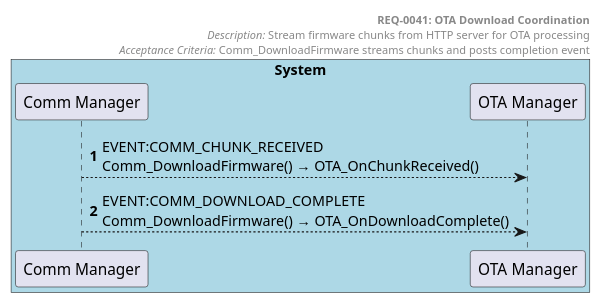
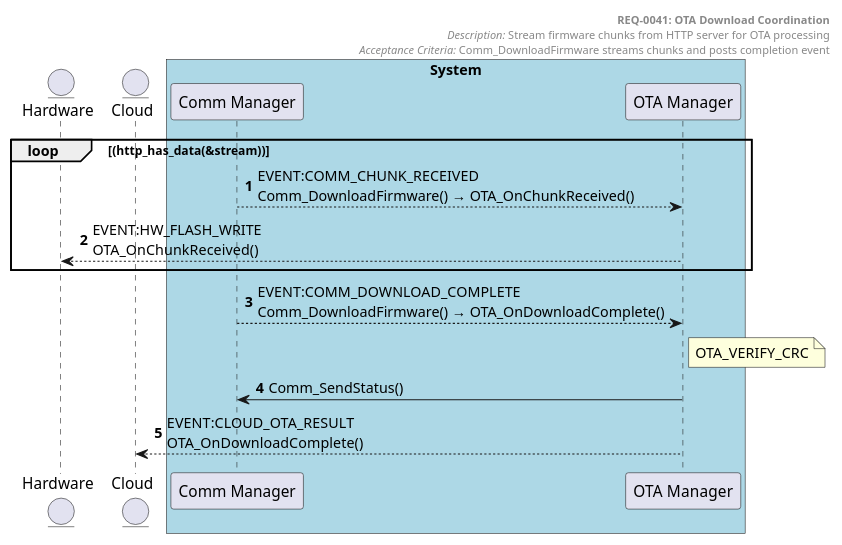
Before and after one commit to tvanfossen/doxygen-guard-example: the diagram in docs/generated/sequences/REQ-0041.puml, drawn with PlantUML. The commit also changed 18 other files, not shown here.

First line of the commit message:
Add provisioning example, regenerate all diagrams with AST pipeline

```diff
--- a/docs/generated/sequences/REQ-0041.puml
+++ b/docs/generated/sequences/REQ-0041.puml
@@ -1,19 +1,28 @@
 @startuml REQ-0041 OTA Download Coordination
 autonumber
+
+entity "Hardware" as Hardware
+entity "Cloud" as Cloud
 
 box "System" #LightBlue
   participant "Comm Manager" as Comm_Manager
   participant "OTA Manager" as OTA_Manager
 end box
 
 header
   **REQ-0041: OTA Download Coordination**
   //Description:// Stream firmware chunks from HTTP server for OTA processing
   //Acceptance Criteria:// Comm_DownloadFirmware streams chunks and posts completion event
 end header
 
 
+loop (http_has_data(&stream))
 Comm_Manager --> OTA_Manager: EVENT:COMM_CHUNK_RECEIVED\nComm_DownloadFirmware() → OTA_OnChunkReceived()
+OTA_Manager --> Hardware: EVENT:HW_FLASH_WRITE\nOTA_OnChunkReceived()
+end loop
 Comm_Manager --> OTA_Manager: EVENT:COMM_DOWNLOAD_COMPLETE\nComm_DownloadFirmware() → OTA_OnDownloadComplete()
+note right of OTA_Manager: OTA_VERIFY_CRC
+OTA_Manager -> Comm_Manager: Comm_SendStatus()
+OTA_Manager --> Cloud: EVENT:CLOUD_OTA_RESULT\nOTA_OnDownloadComplete()
 
 @enduml
```
